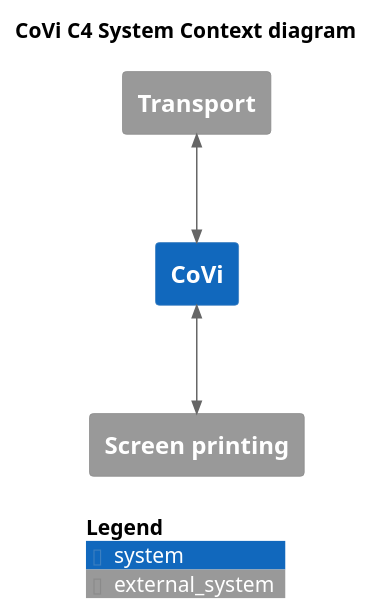
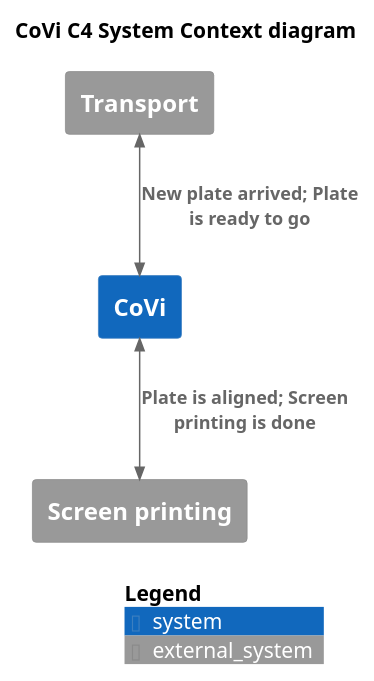
One commit to ricardosnabel/AWL-SPA changed the diagram in C4 Model/CoViC4Context.puml. Above: the diagram before and after it, drawn with PlantUML. The commit also changed 5 other files, not shown here.

```diff
--- a/C4 Model/CoViC4Context.puml
+++ b/C4 Model/CoViC4Context.puml
@@ -1,17 +1,17 @@
 @startuml CoViContext
 
 !include https://raw.githubusercontent.com/plantuml-stdlib/C4-PlantUML/master/C4_Context.puml
 
 title CoVi C4 System Context diagram
 
 System_Ext(transport, "Transport")
 System_Ext(screenprint, "Screen printing")
 
 System(covi, "CoVi")
 
-BiRel(transport, covi, "")
-BiRel(covi, screenprint, "")
+BiRel(transport, covi, "New plate arrived; Plate is ready to go")
+BiRel(covi, screenprint, "Plate is aligned; Screen printing is done")
 
 SHOW_LEGEND()
 
 @enduml
```
